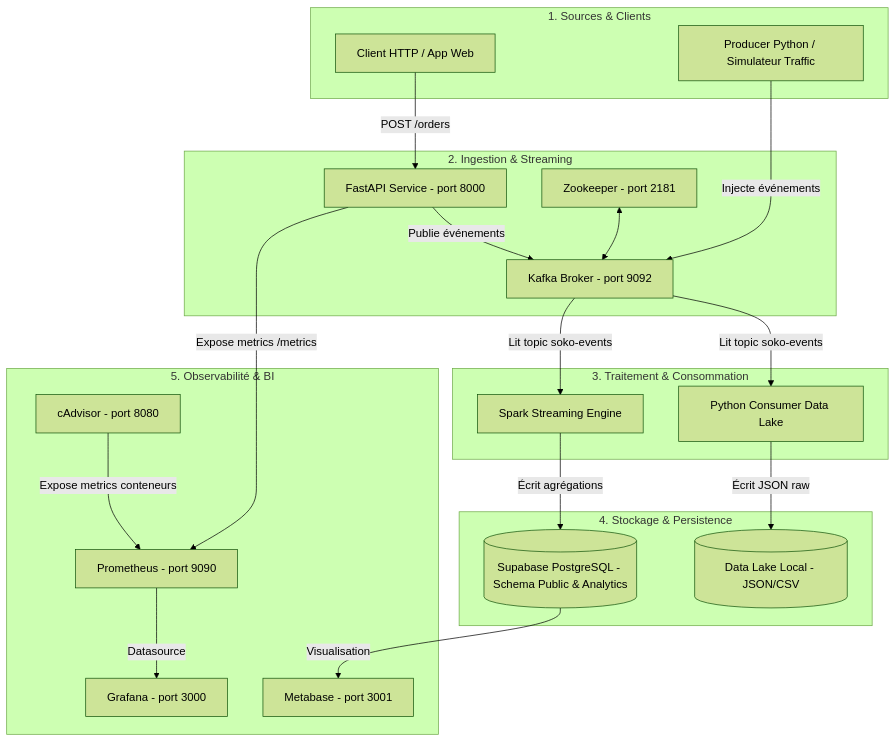
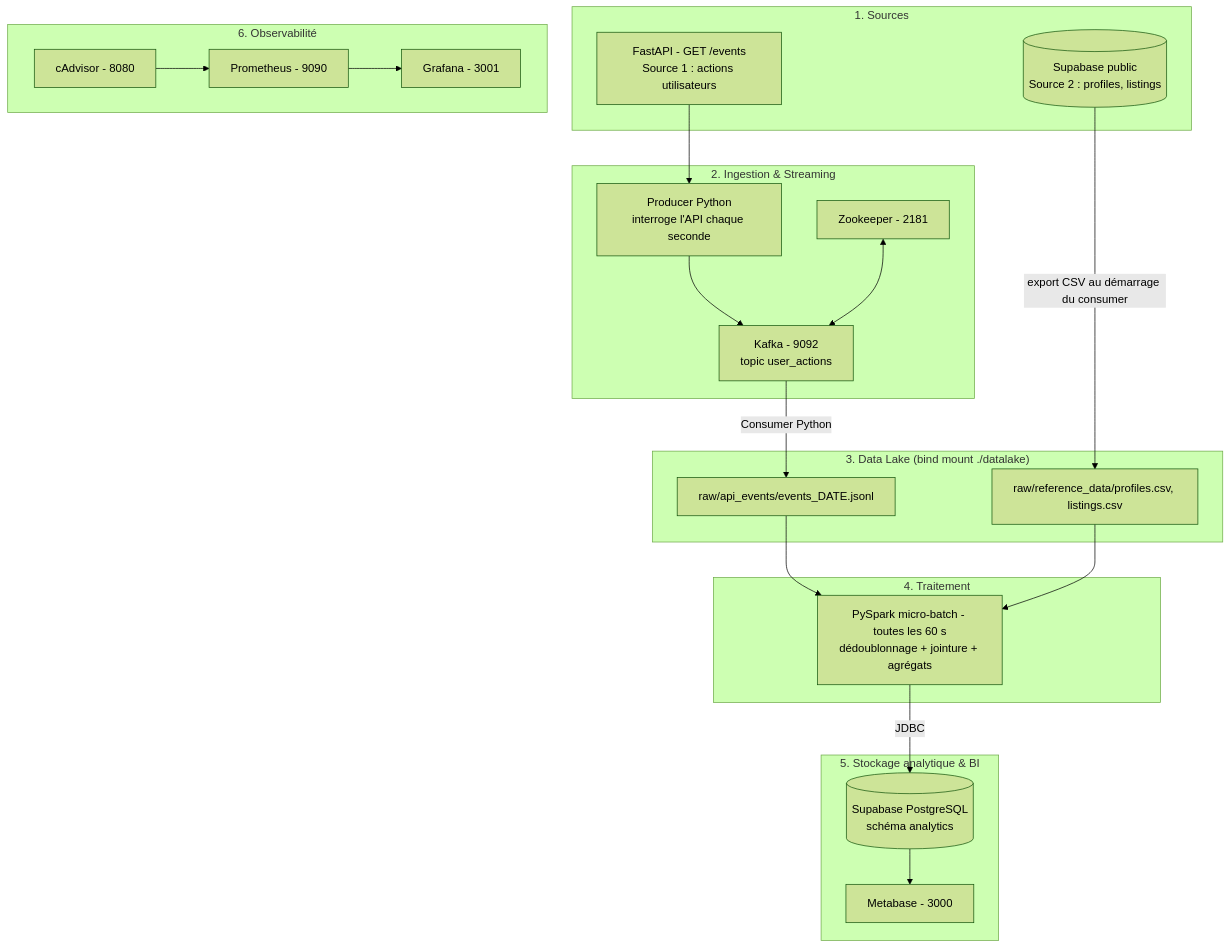
One commit to 09prodige/Ecommerce-Pipeline changed the diagram in README.md. Above: the diagram before and after it, drawn with Mermaid (forest theme). The commit also changed other lines of this file and 2 other files, not shown here.

````diff
--- a/README.md
+++ b/README.md
@@ -33,43 +33,43 @@
 ```mermaid
 flowchart TD
-    subgraph Sources ["1. Sources & Clients"]
-        Client[Client HTTP / App Web]
-        ProducerScript[Producer Python / Simulateur Traffic]
+    subgraph Sources ["1. Sources"]
+        API[FastAPI - GET /events<br/>Source 1 : actions utilisateurs]
+        REF[(Supabase public<br/>Source 2 : profiles, listings)]
     end
 
     subgraph Ingestion ["2. Ingestion & Streaming"]
-        API[FastAPI Service - port 8000]
-        ZK[Zookeeper - port 2181]
-        Kafka[Kafka Broker - port 9092]
+        Producer[Producer Python<br/>interroge l'API chaque seconde]
+        ZK[Zookeeper - 2181]
+        Kafka[Kafka - 9092<br/>topic user_actions]
     end
 
-    subgraph Processing ["3. Traitement & Consommation"]
-        Consumer[Python Consumer Data Lake]
-        Spark[Spark Streaming Engine]
+    subgraph Lake ["3. Data Lake (bind mount ./datalake)"]
+        RawAPI[raw/api_events/events_DATE.jsonl]
+        RawRef[raw/reference_data/profiles.csv, listings.csv]
     end
 
-    subgraph Storage ["4. Stockage & Persistence"]
-        DL[(Data Lake Local - JSON/CSV)]
-        DB[(Supabase PostgreSQL - Schema Public & Analytics)]
+    subgraph Processing ["4. Traitement"]
+        Spark[PySpark micro-batch - toutes les 60 s<br/>dédoublonnage + jointure + agrégats]
     end
 
-    subgraph Monitoring ["5. Observabilité & BI"]
-        Prom[Prometheus - port 9090]
-        Graf[Grafana - port 3000]
-        Cadv[cAdvisor - port 8080]
-        Meta[Metabase - port 3001]
+    subgraph Serving ["5. Stockage analytique & BI"]
+        DB[(Supabase PostgreSQL<br/>schéma analytics)]
+        Meta[Metabase - 3000]
     end
 
-    Client -->|POST /orders| API
-    ProducerScript -->|Injecte événements| Kafka
-    API -->|Publie événements| Kafka
+    subgraph Monitoring ["6. Observabilité"]
+        Cadv[cAdvisor - 8080]
+        Prom[Prometheus - 9090]
+        Graf[Grafana - 3001]
+    end
+
+    API --> Producer --> Kafka
     ZK <--> Kafka
-    Kafka -->|Lit topic soko-events| Consumer
-    Kafka -->|Lit topic soko-events| Spark
-    Consumer -->|Écrit JSON raw| DL
-    Spark -->|Écrit agrégations| DB
-    API -->|Expose metrics /metrics| Prom
-    Cadv -->|Expose metrics conteneurs| Prom
-    Prom -->|Datasource| Graf
-    DB -->|Visualisation| Meta
+    Kafka -->|Consumer Python| RawAPI
+    REF -->|export CSV au démarrage du consumer| RawRef
+    RawAPI --> Spark
+    RawRef --> Spark
+    Spark -->|JDBC| DB
+    DB --> Meta
+    Cadv --> Prom --> Graf
 ```
````
